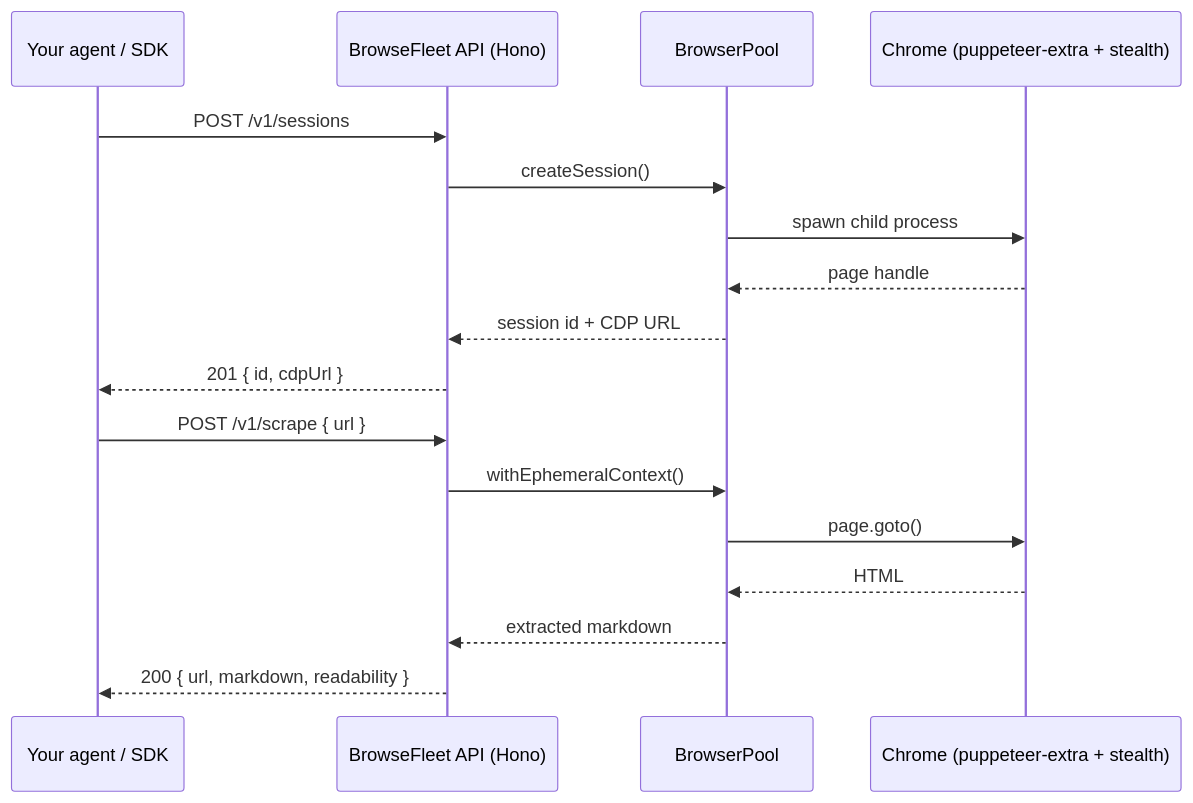
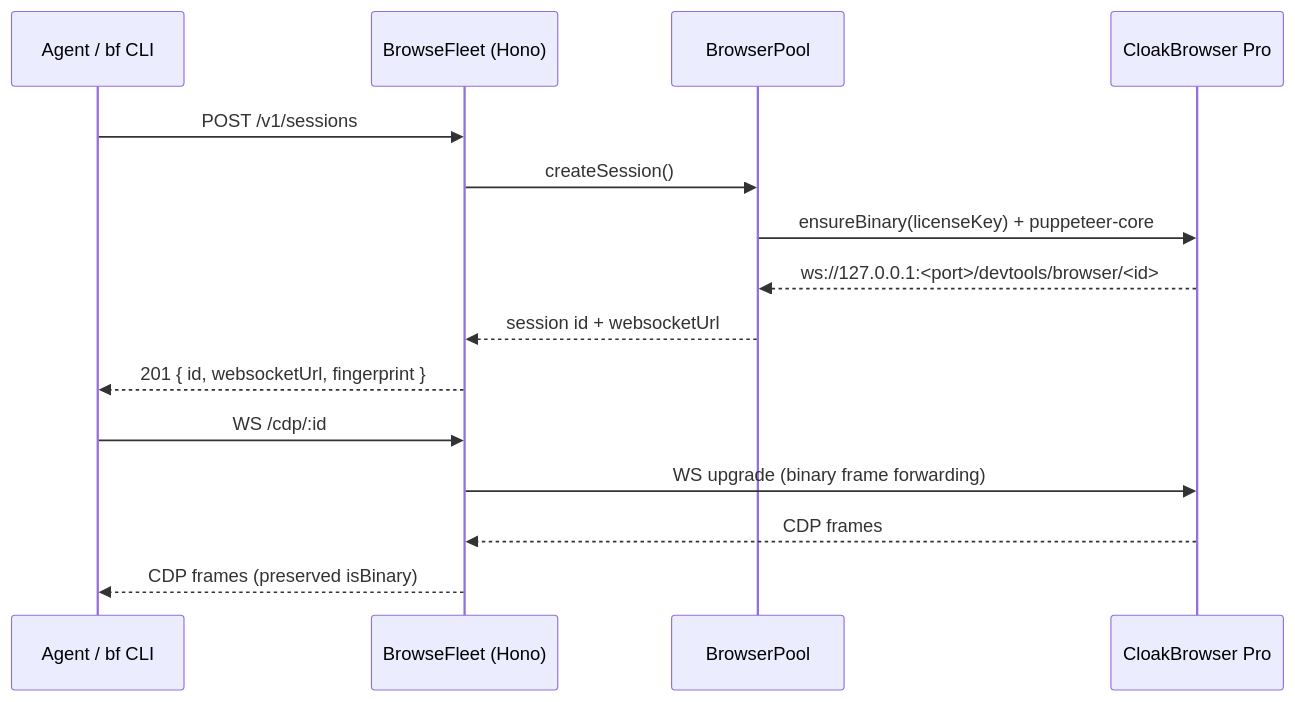
One commit to ishan-parihar/browsefleet changed the second of 2 diagrams in README.md. Above: the diagram before and after it, drawn with Mermaid. The commit also changed other lines of this file and 18 other files, not shown here.

````diff
--- a/README.md
+++ b/README.md
@@ -45,19 +116,17 @@
 ```mermaid
 sequenceDiagram
-    participant Client as Your agent / SDK
-    participant API as BrowseFleet API (Hono)
+    participant Client as Agent / bf CLI
+    participant API as BrowseFleet (Hono)
     participant Pool as BrowserPool
-    participant Chrome as Chrome (puppeteer-extra + stealth)
+    participant CB as CloakBrowser Pro
     Client->>API: POST /v1/sessions
     API->>Pool: createSession()
-    Pool->>Chrome: spawn child process
-    Chrome-->>Pool: page handle
-    Pool-->>API: session id + CDP URL
-    API-->>Client: 201 { id, cdpUrl }
-    Client->>API: POST /v1/scrape { url }
-    API->>Pool: withEphemeralContext()
-    Pool->>Chrome: page.goto()
-    Chrome-->>Pool: HTML
-    Pool-->>API: extracted markdown
-    API-->>Client: 200 { url, markdown, readability }
+    Pool->>CB: ensureBinary(licenseKey) + puppeteer-core
+    CB-->>Pool: ws://127.0.0.1:<port>/devtools/browser/<id>
+    Pool-->>API: session id + websocketUrl
+    API-->>Client: 201 { id, websocketUrl, fingerprint }
+    Client->>API: WS /cdp/:id
+    API->>CB: WS upgrade (binary frame forwarding)
+    CB-->>API: CDP frames
+    API-->>Client: CDP frames (preserved isBinary)
 ```
````
